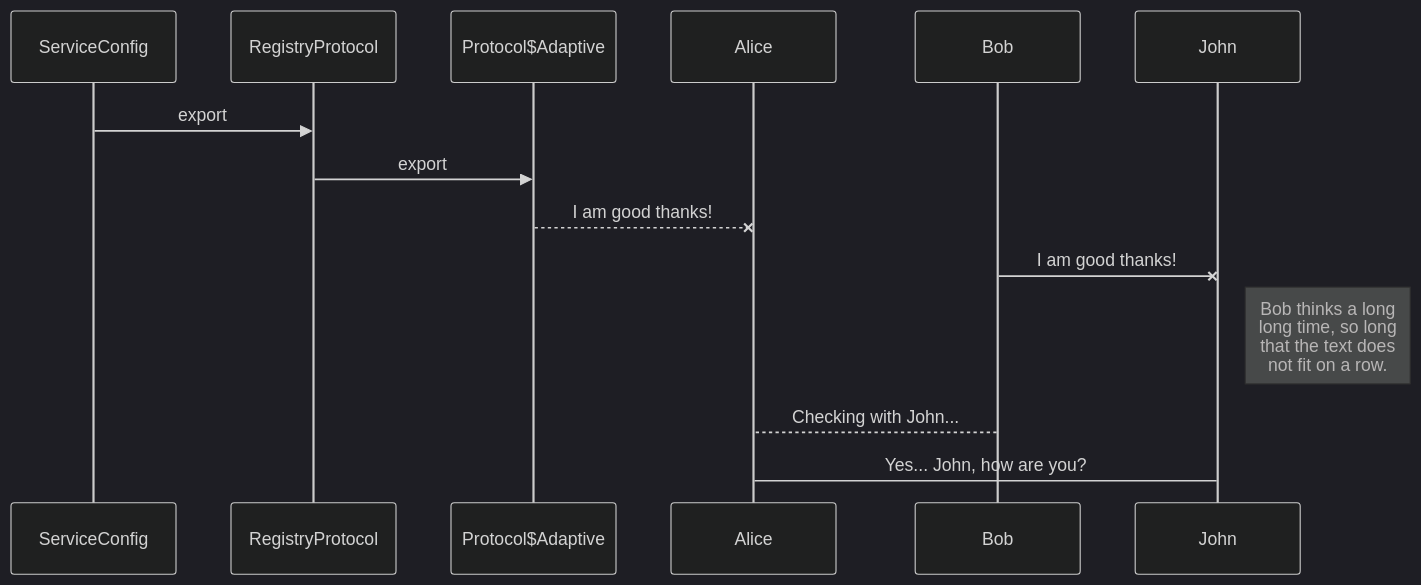
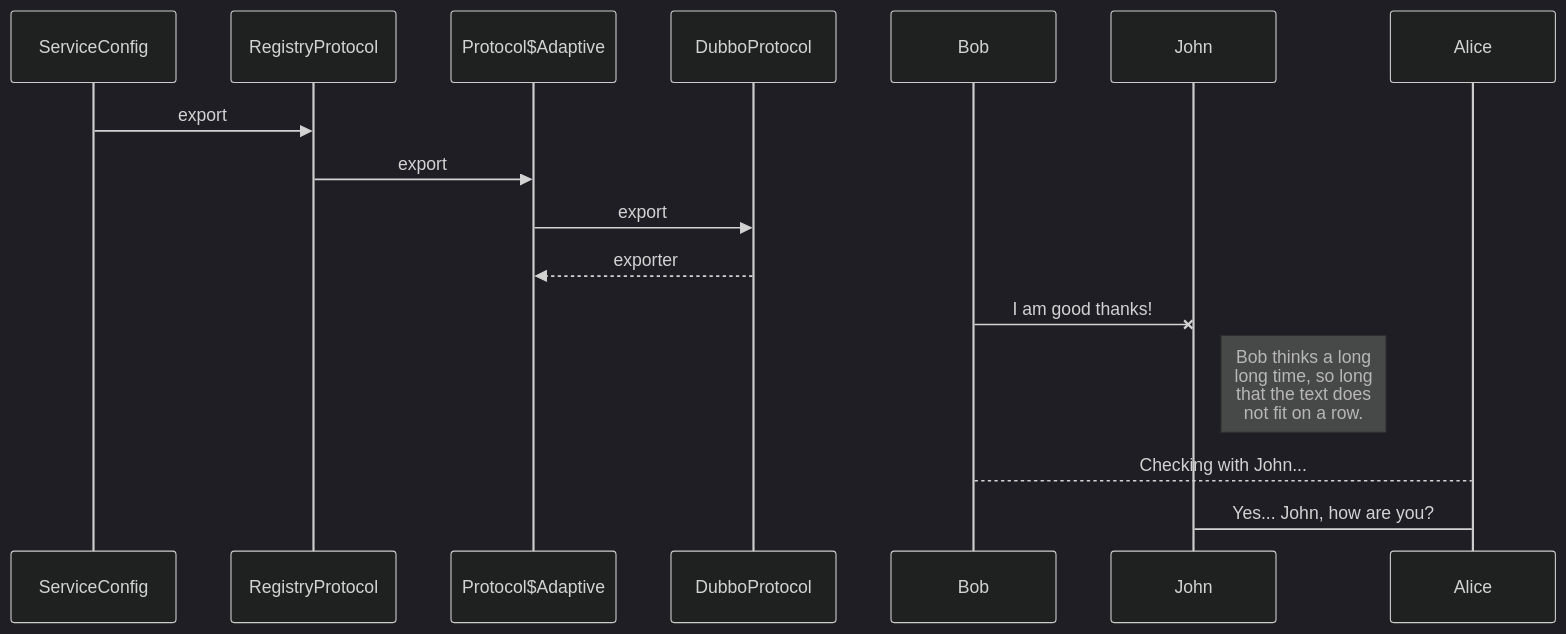
The diagram in dubbo/dubbo.md (zhudongdong/docs), drawn with Mermaid (dark theme) before and after one commit. The commit also changed other lines of this file, not shown here.

Commit message:
Uploaded by https://stackedit.io/

````diff
--- a/dubbo/dubbo.md
+++ b/dubbo/dubbo.md
@@ -144,11 +144,12 @@
 ```mermaid
 sequenceDiagram
 ServiceConfig ->> RegistryProtocol: export
 RegistryProtocol->>Protocol$Adaptive: export
-Protocol$Adaptive--x Alice: I am good thanks!
+Protocol$Adaptive->> DubboProtocol: export
+DubboProtocol-->> Protocol$Adaptive:exporter
 Bob-x John: I am good thanks!
 Note right of John: Bob thinks a long<br/>long time, so long<br/>that the text does<br/>not fit on a row.
 
 Bob-->Alice: Checking with John...
 Alice->John: Yes... John, how are you?
 ```
````
